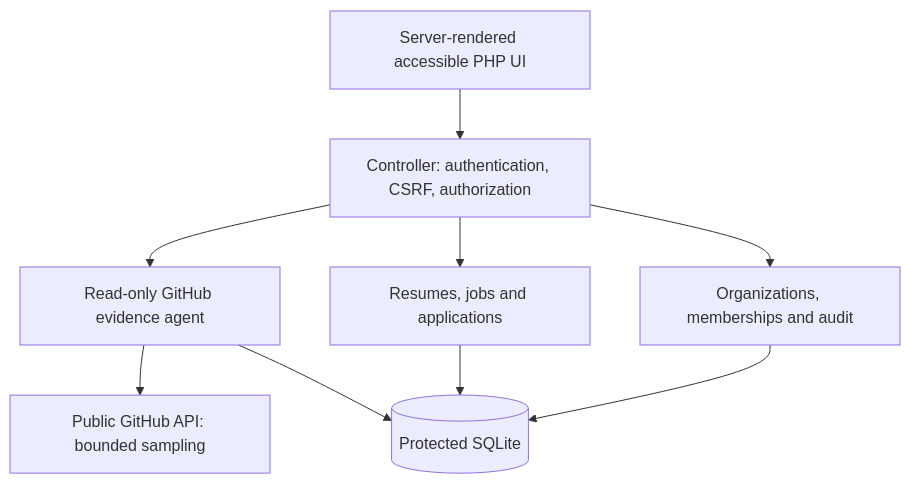
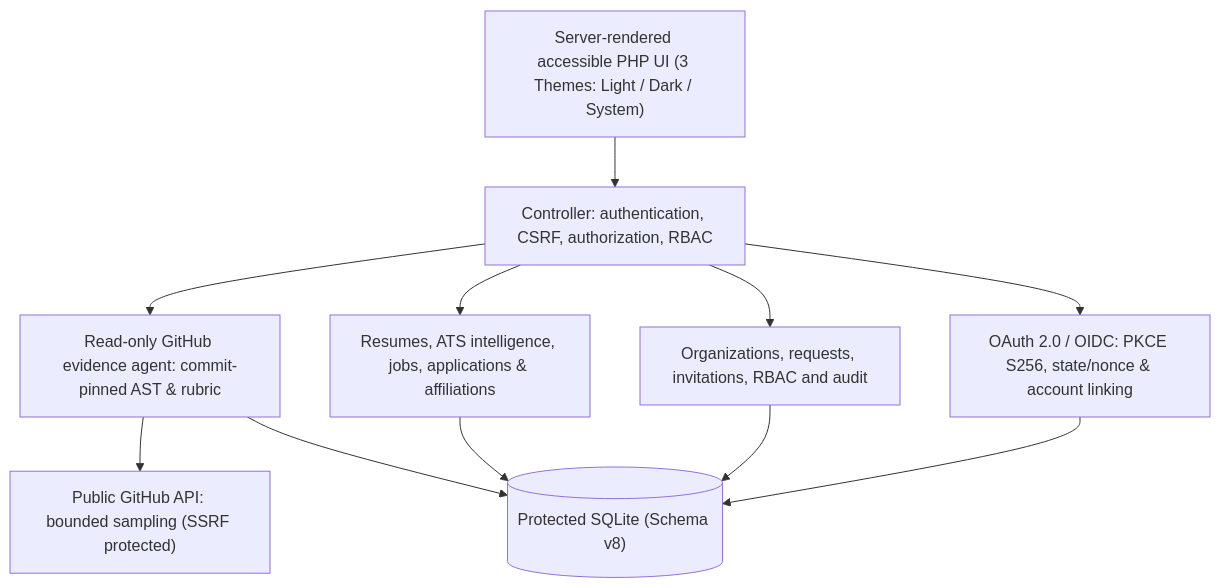
The second of 2 diagrams in README.md (skandamp-sudo/eidolon-pathway), drawn with Mermaid before and after one commit. The commit also changed other lines of this file and 24 other files, not shown here.

````diff
--- a/README.md
+++ b/README.md
@@ -82,11 +111,13 @@
 ```mermaid
 flowchart TB
-    UI["Server-rendered accessible PHP UI"] --> HTTP["Controller: authentication, CSRF, authorization"]
-    HTTP --> EVIDENCE["Read-only GitHub evidence agent"]
-    HTTP --> EMPLOY["Resumes, jobs and applications"]
-    HTTP --> ORG["Organizations, memberships and audit"]
-    EVIDENCE --> API["Public GitHub API: bounded sampling"]
-    EVIDENCE --> DB[("Protected SQLite")]
+    UI["Server-rendered accessible PHP UI (3 Themes: Light / Dark / System)"] --> HTTP["Controller: authentication, CSRF, authorization, RBAC"]
+    HTTP --> EVIDENCE["Read-only GitHub evidence agent: commit-pinned AST & rubric"]
+    HTTP --> EMPLOY["Resumes, ATS intelligence, jobs, applications & affiliations"]
+    HTTP --> ORG["Organizations, requests, invitations, RBAC and audit"]
+    HTTP --> OAUTH["OAuth 2.0 / OIDC: PKCE S256, state/nonce & account linking"]
+    EVIDENCE --> API["Public GitHub API: bounded sampling (SSRF protected)"]
+    EVIDENCE --> DB[("Protected SQLite (Schema v8)")]
     EMPLOY --> DB
     ORG --> DB
+    OAUTH --> DB
 ```
````
